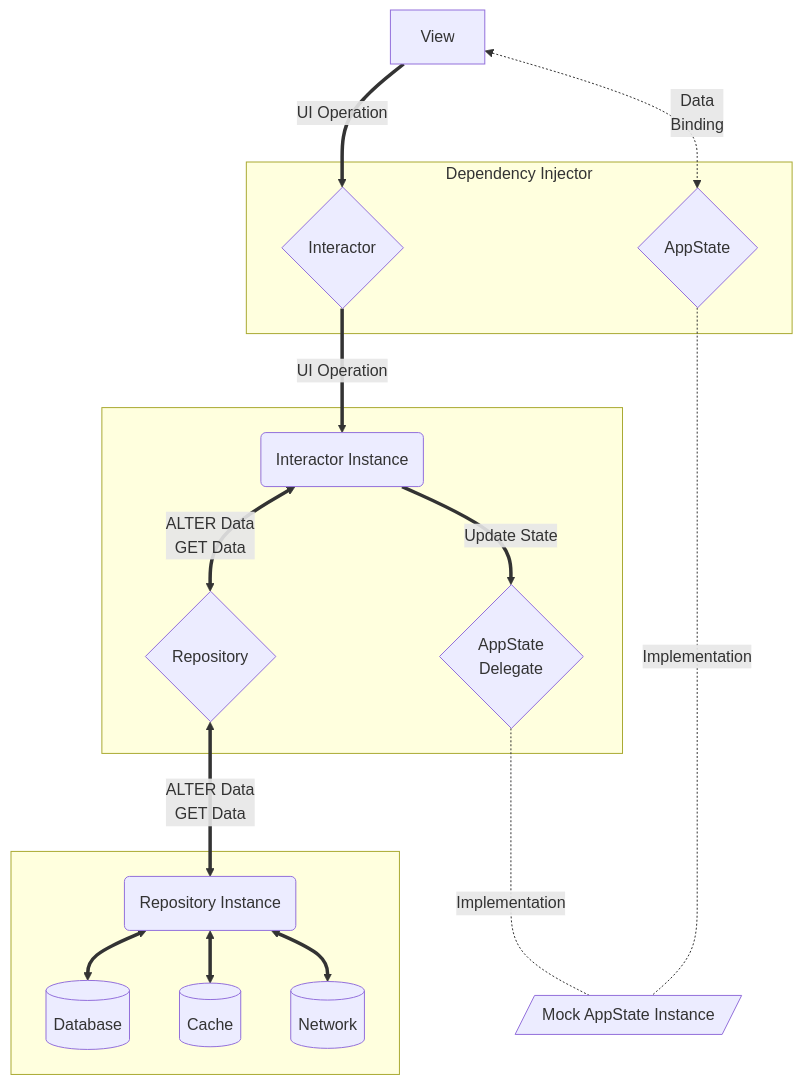
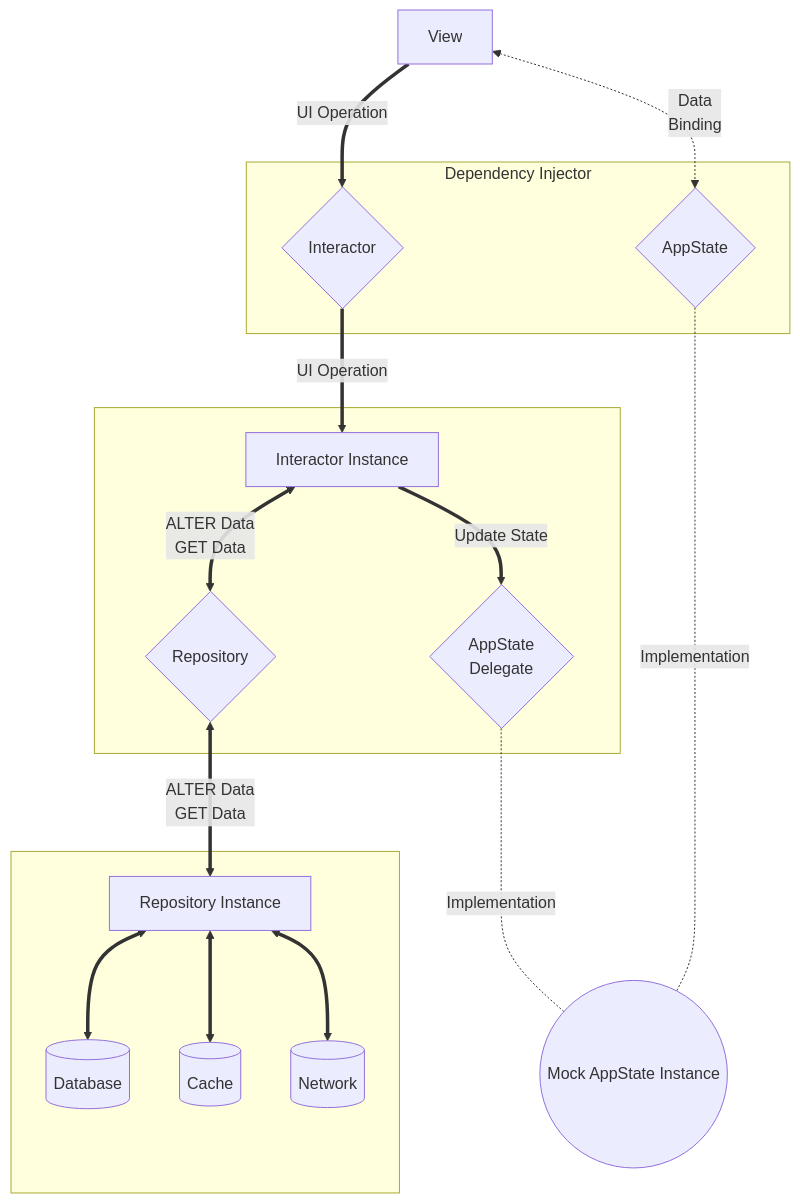
The third of 5 diagrams in README.md (yanun0323/SwiftUI-Clean-Architecture), drawn with Mermaid before and after one commit. The commit also changed other lines of this file, not shown here.

````diff
--- a/README.md
+++ b/README.md
@@ -109,32 +111,32 @@
 ```mermaid
 graph TD
-    AI[/Mock AppState Instance/]
+    AI((Mock AppState Instance))
 
     subgraph Dependency Injector
         I{Interactor}
         A{AppState}
     end
 
     subgraph " "
         AD{AppState\nDelegate}
         R{Repository}
-        II(Interactor Instance)
+        II[Interactor Instance]
     end
 
     subgraph " "
         DB[(Database)]
         C[(Cache)]
         N[(Network)]
-        RI(Repository Instance)
+        RI[Repository Instance]
         RI <==> DB & C & N
     end
 
     View ==>|UI Operation| I ==>|UI Operation| II 
     View <-.->|Data\nBinding| A -.-|Implementation| AI
     
     AD -..-|Implementation| AI
 
     II <==>|ALTER Data\nGET Data| R
     R <==>|ALTER Data\nGET Data| RI
     II ==>|Update State| AD
 ```
````
